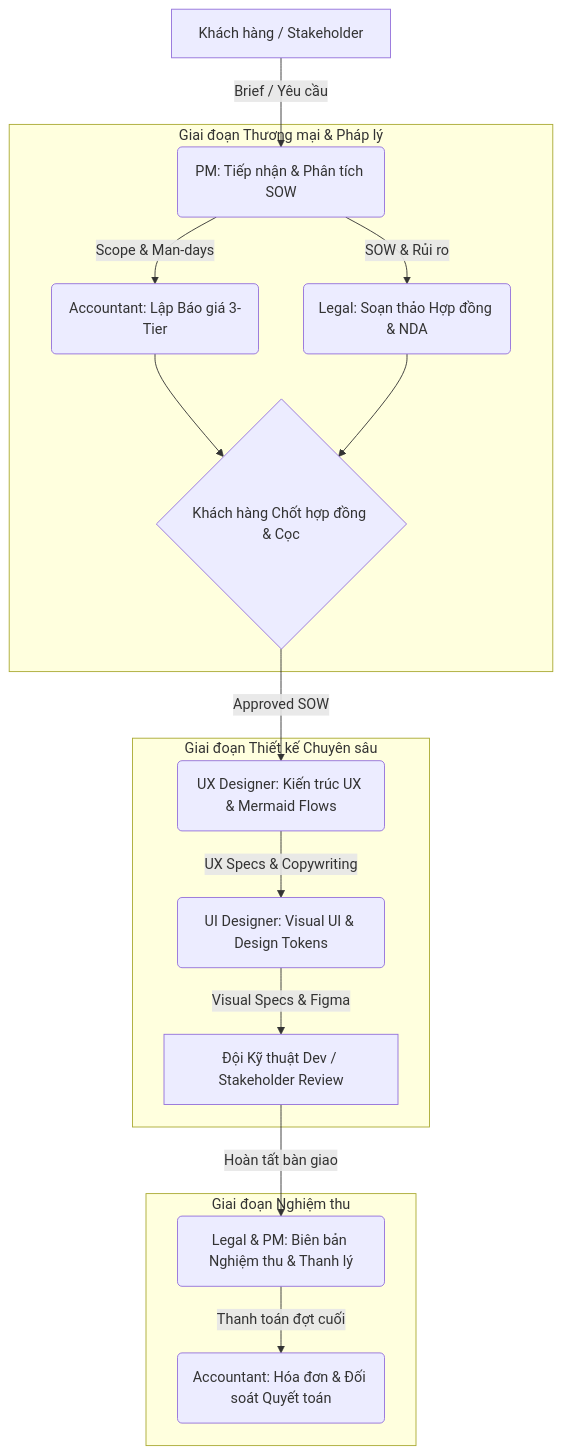
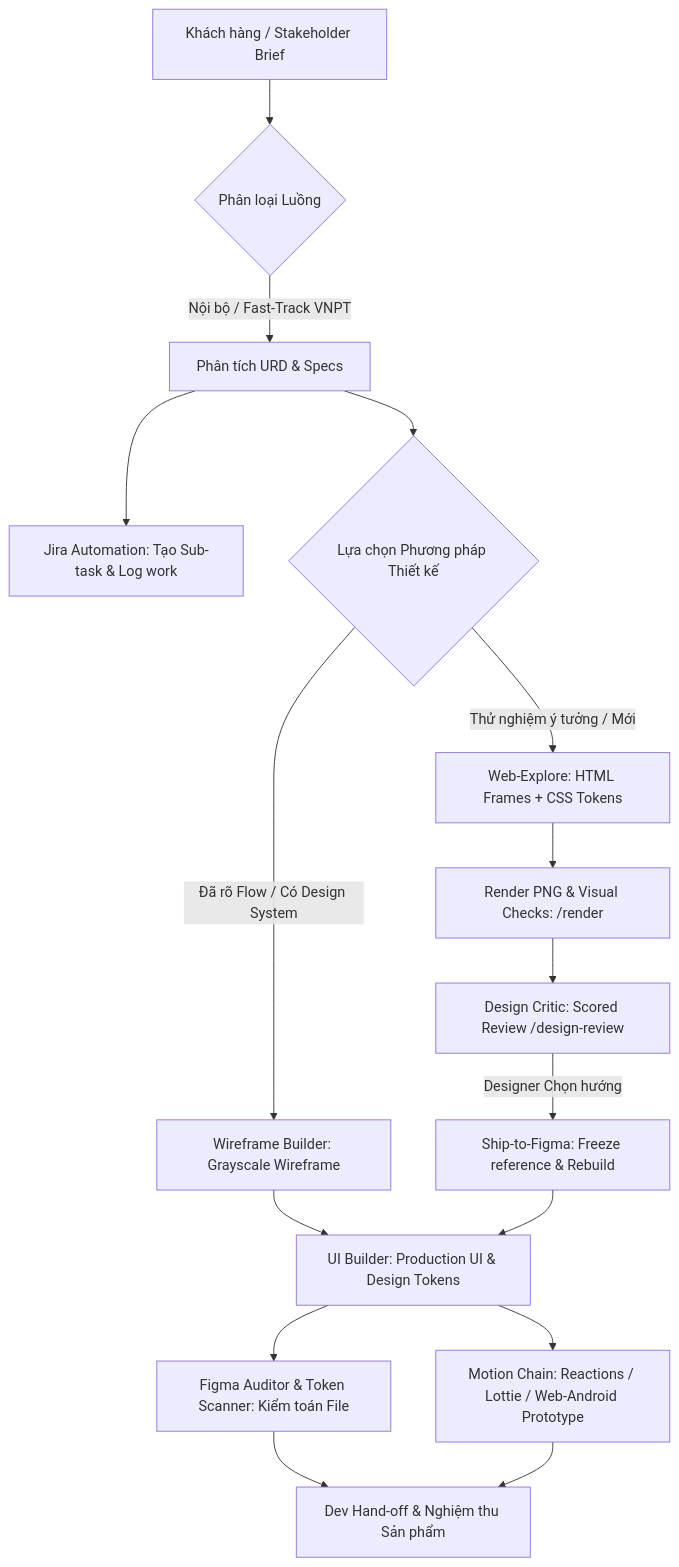
The diagram in .agents/AGENTS.md (quctuan/Mew-Design), drawn with Mermaid before and after one commit. The commit also changed other lines of this file and 1403 other files, not shown here.

Commit message:
feat: integrate design-kit-mine workflows, update agent roles, rules, skills, and jira automation

````diff
--- a/.agents/AGENTS.md
+++ b/.agents/AGENTS.md
@@ -46,22 +52,29 @@
 ```mermaid
 flowchart TD
-    A[Khách hàng / Stakeholder] -->|Brief / Yêu cầu| B(PM: Tiếp nhận & Phân tích SOW)
+    A[Khách hàng / Stakeholder Brief] --> B{Phân loại Luồng}
     
-    subgraph Giai đoạn Thương mại & Pháp lý
-        B -->|Scope & Man-days| C(Accountant: Lập Báo giá 3-Tier)
-        B -->|SOW & Rủi ro| D(Legal: Soạn thảo Hợp đồng & NDA)
-        C --> E{Khách hàng Chốt hợp đồng & Cọc}
-        D --> E
-    end
-
-    subgraph Giai đoạn Thiết kế Chuyên sâu
-        E -->|Approved SOW| F(UX Designer: Kiến trúc UX & Mermaid Flows)
-        F -->|UX Specs & Copywriting| G(UI Designer: Visual UI & Design Tokens)
-        G -->|Visual Specs & Figma| H[Đội Kỹ thuật Dev / Stakeholder Review]
-    end
-
-    subgraph Giai đoạn Nghiệm thu
-        H -->|Hoàn tất bàn giao| I(Legal & PM: Biên bản Nghiệm thu & Thanh lý)
-        I -->|Thanh toán đợt cuối| J(Accountant: Hóa đơn & Đối soát Quyết toán)
-    end
+    %% Internal VNPT Fast-Track
+    B -->|Nội bộ / Fast-Track VNPT| C[Phân tích URD & Specs]
+    C --> D[Jira Automation: Tạo Sub-task & Log work]
+    
+    %% Design Stage Track Selection
+    C --> E{Lựa chọn Phương pháp Thiết kế}
+    
+    %% Track 1: Explore in Web -> Ship to Figma
+    E -->|Thử nghiệm ý tưởng / Mới| F[Web-Explore: HTML Frames + CSS Tokens]
+    F --> G[Render PNG & Visual Checks: /render]
+    G --> H[Design Critic: Scored Review /design-review]
+    H -->|Designer Chọn hướng| I[Ship-to-Figma: Freeze reference & Rebuild]
+    
+    %% Track 2: Direct Figma Production
+    E -->|Đã rõ Flow / Có Design System| J[Wireframe Builder: Grayscale Wireframe]
+    J --> K[UI Builder: Production UI & Design Tokens]
+    I --> K
+    
+    %% Audit & Motion
+    K --> L[Figma Auditor & Token Scanner: Kiểm toán File]
+    K --> M[Motion Chain: Reactions / Lottie / Web-Android Prototype]
+    
+    %% Delivery
+    L & M --> N[Dev Hand-off & Nghiệm thu Sản phẩm]
 ```
````
